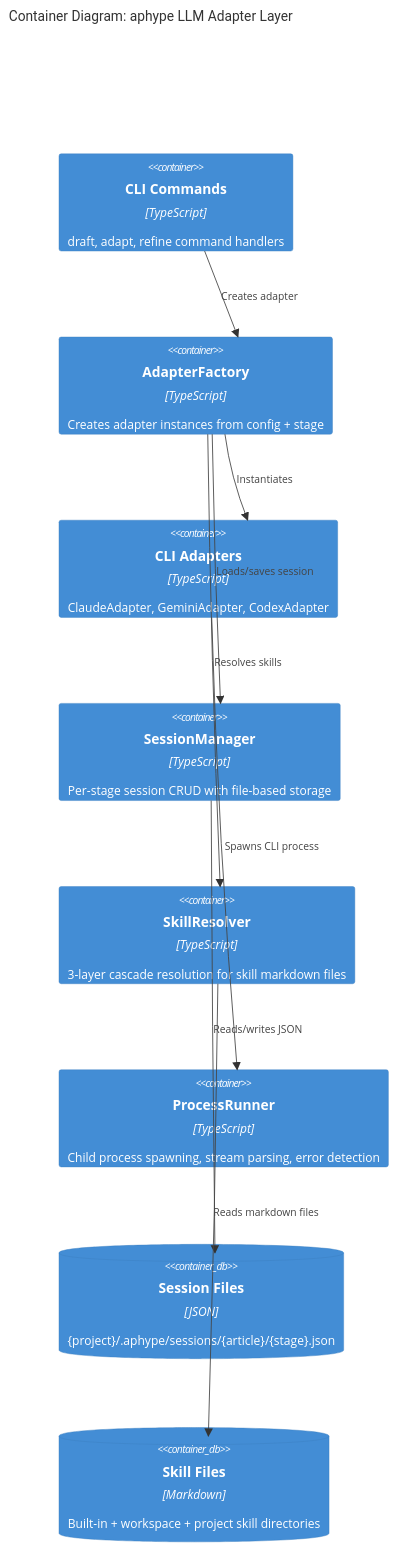
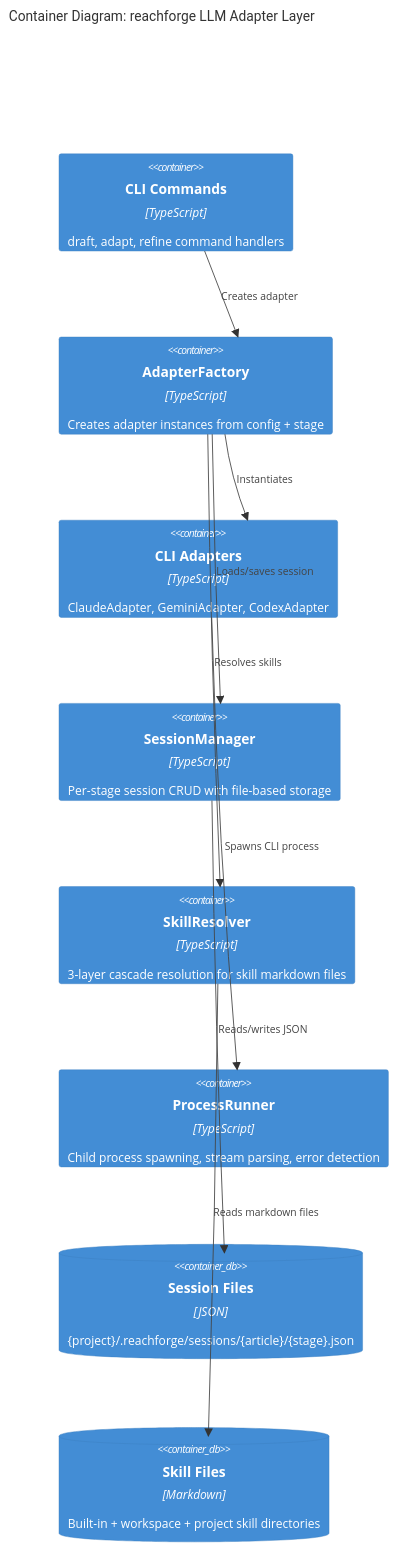
One commit to reachforge/reachforge changed the second of 5 diagrams in docs/llm-adapter/tech-design.md. Above: the diagram before and after it, drawn with Mermaid. The commit also changed other lines of this file and 74 other files, not shown here.

Commit message:
refactor: Rename project and related identifiers from 'aphype' to 'reachforge'.

````diff
--- a/docs/llm-adapter/tech-design.md
+++ b/docs/llm-adapter/tech-design.md
@@ -125,21 +125,21 @@
 ```mermaid
 C4Container
-    title Container Diagram: aphype LLM Adapter Layer
+    title Container Diagram: reachforge LLM Adapter Layer
 
     Container(commands, "CLI Commands", "TypeScript", "draft, adapt, refine command handlers")
     Container(factory, "AdapterFactory", "TypeScript", "Creates adapter instances from config + stage")
     Container(adapters, "CLI Adapters", "TypeScript", "ClaudeAdapter, GeminiAdapter, CodexAdapter")
     Container(session, "SessionManager", "TypeScript", "Per-stage session CRUD with file-based storage")
     Container(skills, "SkillResolver", "TypeScript", "3-layer cascade resolution for skill markdown files")
     Container(process, "ProcessRunner", "TypeScript", "Child process spawning, stream parsing, error detection")
-    ContainerDb(sessionStore, "Session Files", "JSON", "{project}/.aphype/sessions/{article}/{stage}.json")
+    ContainerDb(sessionStore, "Session Files", "JSON", "{project}/.reachforge/sessions/{article}/{stage}.json")
     ContainerDb(skillFiles, "Skill Files", "Markdown", "Built-in + workspace + project skill directories")
 
     Rel(commands, factory, "Creates adapter")
     Rel(factory, adapters, "Instantiates")
     Rel(factory, session, "Loads/saves session")
     Rel(factory, skills, "Resolves skills")
     Rel(adapters, process, "Spawns CLI process")
     Rel(session, sessionStore, "Reads/writes JSON")
     Rel(skills, skillFiles, "Reads markdown files")
 ```
````
